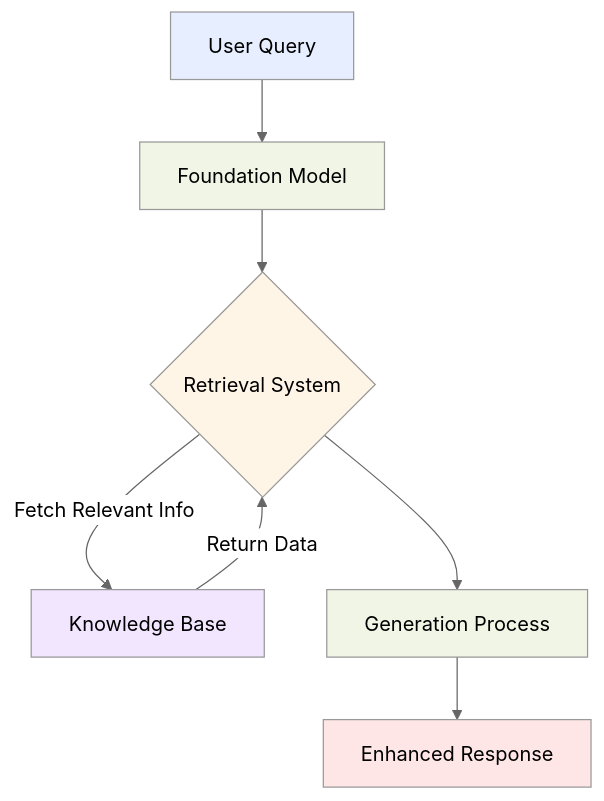
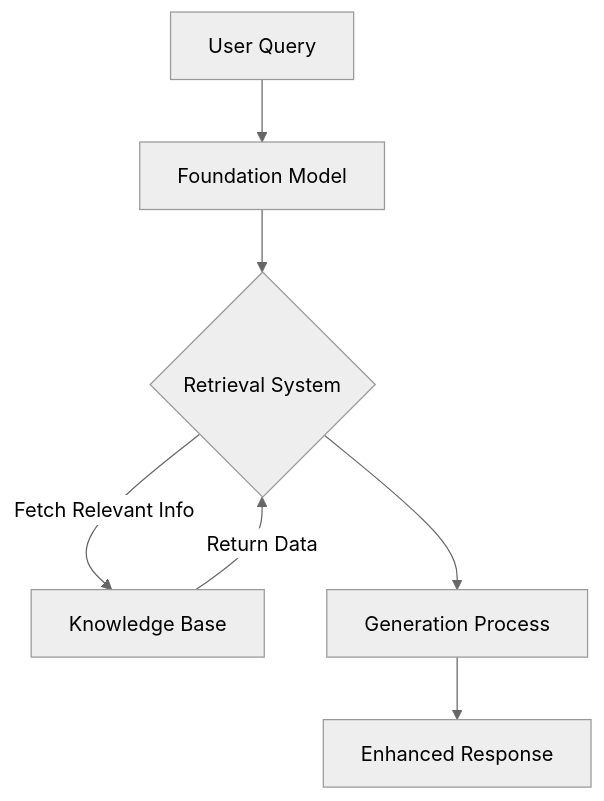
One commit to CloudCityPress/aws-aif-c01 changed the second of 4 diagrams in english/30_10_Design_Considerations_for_apps_that_use_FMs.md. Above: the diagram before and after it, drawn with Mermaid (neutral theme). The commit also changed other lines of this file and 16 other files, not shown here.

Commit message:
updating Mermaids

````diff
--- a/english/30_10_Design_Considerations_for_apps_that_use_FMs.md
+++ b/english/30_10_Design_Considerations_for_apps_that_use_FMs.md
@@ -94,15 +90,10 @@
 ```mermaid
 flowchart TD
     A[User Query] --> B[Foundation Model]
     B --> C{Retrieval System}
     C -->|Fetch Relevant Info| D[Knowledge Base]
     D -->|Return Data| C
     C --> E[Generation Process]
     E --> F[Enhanced Response]
-    style A fill:#e6eeff
-    style B fill:#f0f5e6
-    style C fill:#fff5e6
-    style D fill:#f2e6ff
-    style E fill:#f0f5e6
-    style F fill:#ffe6e6
+
 ```
````
